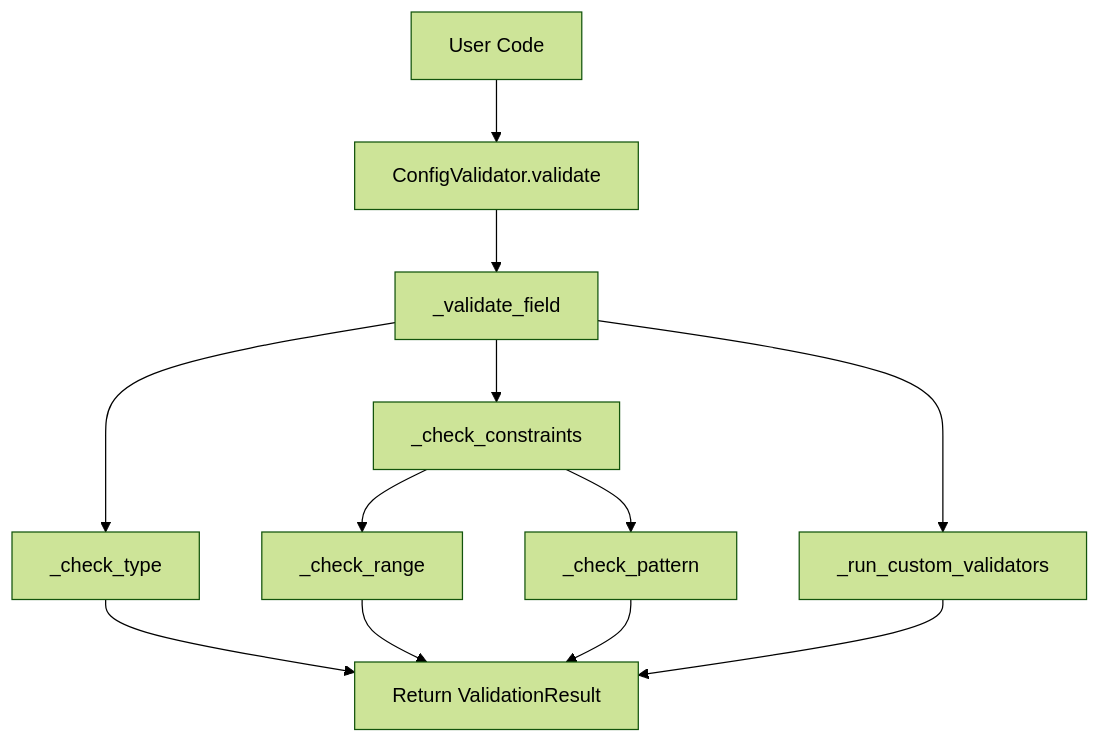
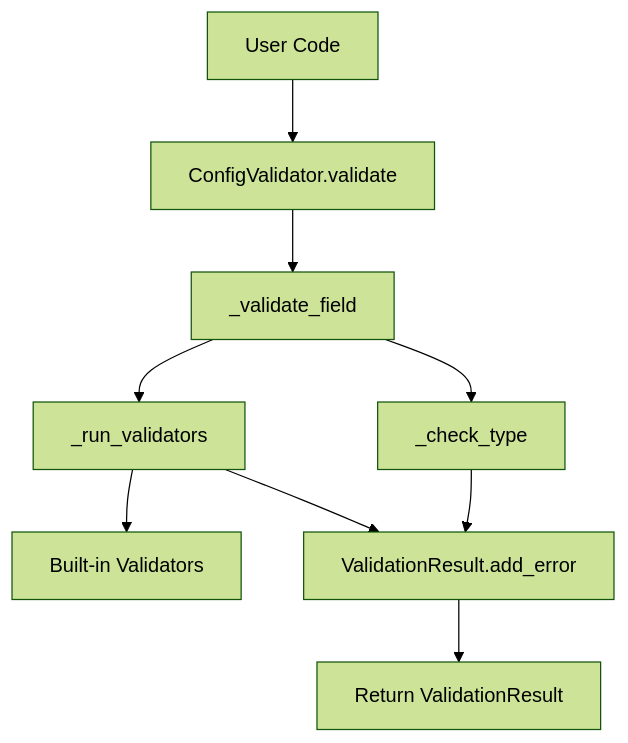
The first of 4 diagrams in design/000-design-example.md (mplemay/belgie), drawn with Mermaid (forest theme) before and after one commit. The commit also changed other lines of this file and 1 other file, not shown here.

````diff
--- a/design/000-design-example.md
+++ b/design/000-design-example.md
@@ -26,14 +30,11 @@
 ```mermaid
 graph TD
     A[User Code] --> B[ConfigValidator.validate]
     B --> C[_validate_field]
     C --> D[_check_type]
-    C --> E[_check_constraints]
-    C --> F[_run_custom_validators]
-    E --> G[_check_range]
-    E --> H[_check_pattern]
-    D --> I[Return ValidationResult]
-    G --> I
-    H --> I
-    F --> I
+    C --> E[_run_validators]
+    E --> F[Built-in Validators]
+    D --> G[ValidationResult.add_error]
+    E --> G
+    G --> H[Return ValidationResult]
 ```
````
